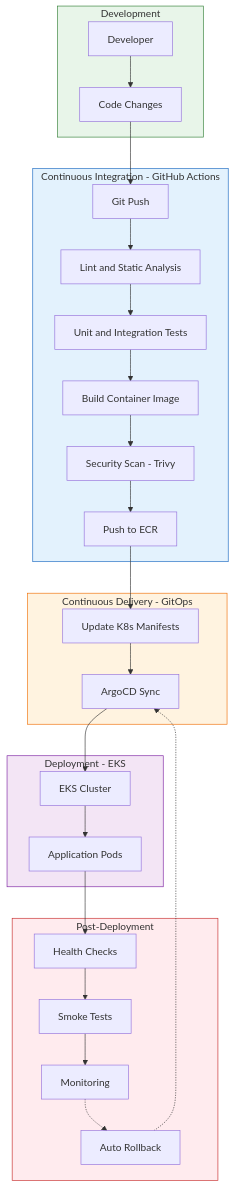
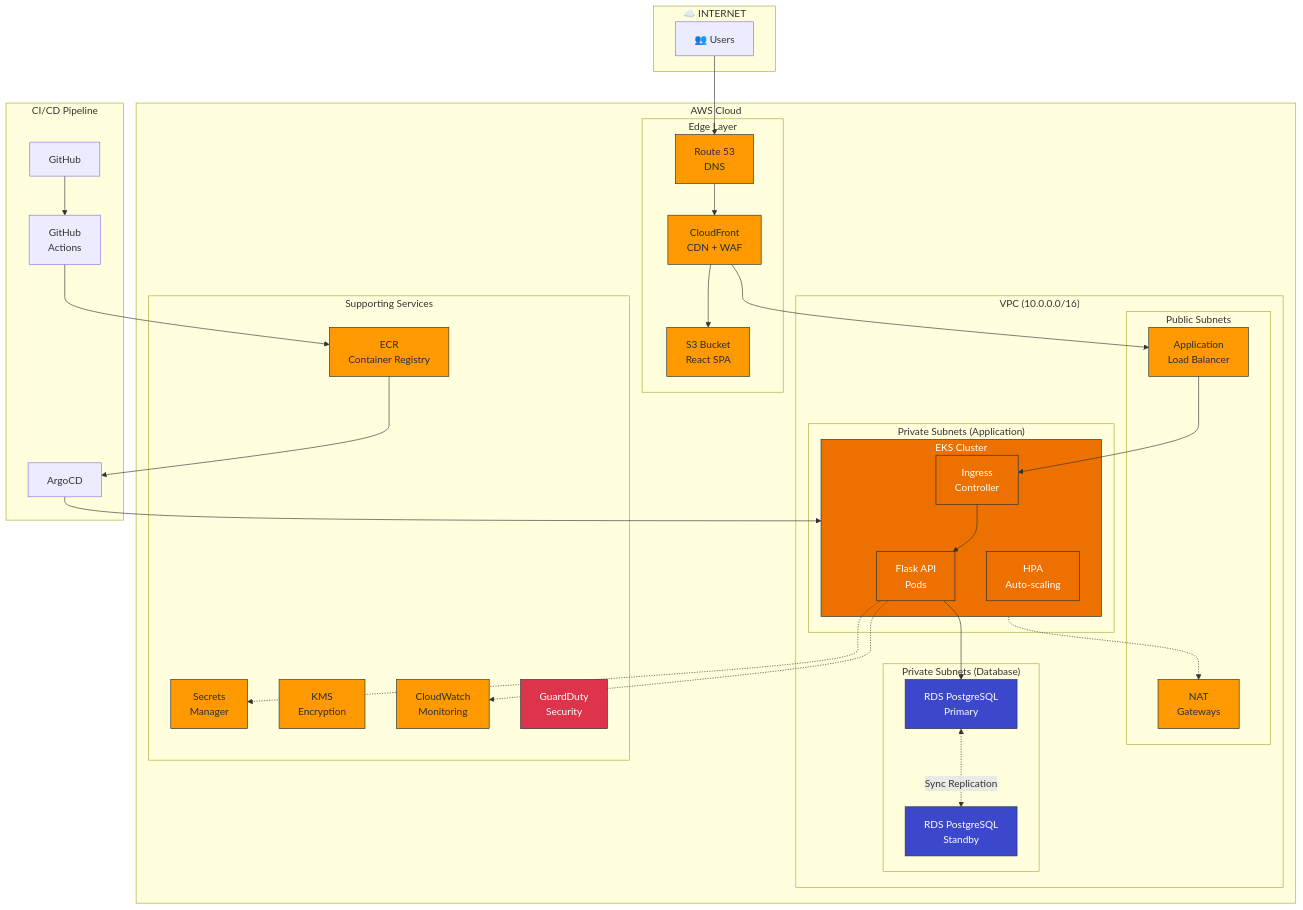
The diagram in innnovate/diagrams/architecture-overview.mermaid (ArenHarut/opsfleet-task), drawn with Mermaid before and after one commit.

Commit message:
Revise architecture overview diagram with AWS components

```diff
--- a/innnovate/diagrams/architecture-overview.mermaid
+++ b/innnovate/diagrams/architecture-overview.mermaid
@@ -1,48 +1,75 @@
 flowchart TB
-    subgraph Development["Development"]
-        Dev["Developer"] --> Code["Code Changes"]
+    subgraph Internet["☁️ INTERNET"]
+        Users["👥 Users"]
     end
 
-    subgraph CI["Continuous Integration - GitHub Actions"]
-        Push["Git Push"]
-        Lint["Lint and Static Analysis"]
-        Test["Unit and Integration Tests"]
-        Build["Build Container Image"]
-        Scan["Security Scan - Trivy"]
-        Push_ECR["Push to ECR"]
-        
-        Push --> Lint --> Test
-        Test --> Build --> Scan --> Push_ECR
+    subgraph AWS["AWS Cloud"]
+        subgraph Edge["Edge Layer"]
+            R53["Route 53<br/>DNS"]
+            CF["CloudFront<br/>CDN + WAF"]
+            S3["S3 Bucket<br/>React SPA"]
+        end
+
+        subgraph VPC["VPC (10.0.0.0/16)"]
+            subgraph Public["Public Subnets"]
+                ALB["Application<br/>Load Balancer"]
+                NAT["NAT<br/>Gateways"]
+            end
+
+            subgraph Private["Private Subnets (Application)"]
+                subgraph EKS["EKS Cluster"]
+                    API["Flask API<br/>Pods"]
+                    Ingress["Ingress<br/>Controller"]
+                    HPA["HPA<br/>Auto-scaling"]
+                end
+            end
+
+            subgraph Database["Private Subnets (Database)"]
+                RDS_Primary["RDS PostgreSQL<br/>Primary"]
+                RDS_Standby["RDS PostgreSQL<br/>Standby"]
+            end
+        end
+
+        subgraph Services["Supporting Services"]
+            ECR["ECR<br/>Container Registry"]
+            SM["Secrets<br/>Manager"]
+            KMS["KMS<br/>Encryption"]
+            CW["CloudWatch<br/>Monitoring"]
+            GD["GuardDuty<br/>Security"]
+        end
     end
 
-    subgraph CD["Continuous Delivery - GitOps"]
-        Update["Update K8s Manifests"] --> ArgoCD["ArgoCD Sync"]
+    subgraph CICD["CI/CD Pipeline"]
+        GH["GitHub"]
+        GHA["GitHub<br/>Actions"]
+        ARGO["ArgoCD"]
     end
 
-    subgraph Deployment["Deployment - EKS"]
-        Cluster["EKS Cluster"] --> Pods["Application Pods"]
-    end
-
-    subgraph Validation["Post-Deployment"]
-        Health["Health Checks"] --> Smoke["Smoke Tests"]
-        Smoke --> Monitor["Monitoring"]
-        Monitor -.-> Rollback["Auto Rollback"]
-    end
-
-    Code --> Push
-    Push_ECR --> Update
-    ArgoCD --> Cluster
-    Pods --> Health
-    Rollback -.-> ArgoCD
-
-    classDef dev fill:#E8F5E9,stroke:#2E7D32
-    classDef ci fill:#E3F2FD,stroke:#1565C0
-    classDef cd fill:#FFF3E0,stroke:#EF6C00
-    classDef deploy fill:#F3E5F5,stroke:#7B1FA2
-    classDef validate fill:#FFEBEE,stroke:#C62828
-
-    class Development dev
-    class CI ci
-    class CD cd
-    class Deployment deploy
-    class Validation validate
+    Users --> R53
+    R53 --> CF
+    CF --> S3
+    CF --> ALB
+    ALB --> Ingress
+    Ingress --> API
+    API --> RDS_Primary
+    RDS_Primary <-.->|Sync Replication| RDS_Standby
+    
+    GH --> GHA
+    GHA --> ECR
+    ECR --> ARGO
+    ARGO --> EKS
+    
+    API -.-> SM
+    API -.-> CW
+    EKS -.-> NAT
+    
+    classDef aws fill:#FF9900,stroke:#232F3E,color:#232F3E
+    classDef security fill:#DD344C,stroke:#232F3E,color:white
+    classDef database fill:#3B48CC,stroke:#232F3E,color:white
+    classDef compute fill:#ED7100,stroke:#232F3E,color:white
+    classDef network fill:#8C4FFF,stroke:#232F3E,color:white
+    
+    class R53,CF,S3,ALB,NAT,ECR,SM,KMS,CW aws
+    class GD security
+    class RDS_Primary,RDS_Standby database
+    class API,EKS,Ingress,HPA compute
```
